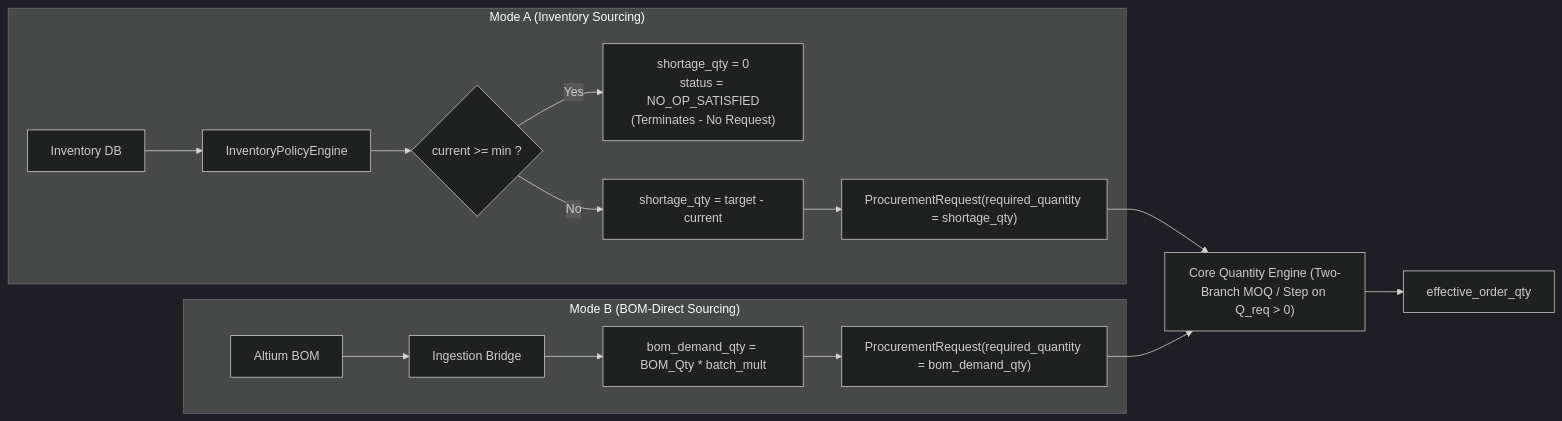
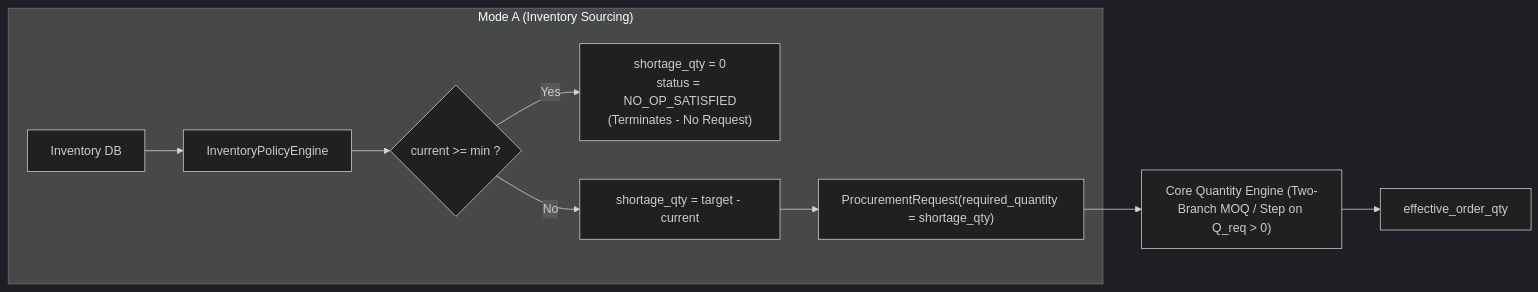
Before and after one commit to AminDenizer/Omnix: the second of 2 diagrams in OMNIX_PROCUREMENT_OUTPUT_SPECIFICATION.md, drawn with Mermaid (dark theme). The commit also changed other lines of this file and 144 other files, not shown here.

````diff
--- a/OMNIX_PROCUREMENT_OUTPUT_SPECIFICATION.md
+++ b/OMNIX_PROCUREMENT_OUTPUT_SPECIFICATION.md
@@ -878,20 +840,13 @@
 ```mermaid
 flowchart LR
     subgraph ModeA["Mode A (Inventory Sourcing)"]
         Inv["Inventory DB"] --> IPE["InventoryPolicyEngine"]
         IPE --> DecA{"current >= min ?"}
         DecA -- "Yes" --> NoOp["shortage_qty = 0\nstatus = NO_OP_SATISFIED\n(Terminates - No Request)"]
         DecA -- "No" --> S_qty["shortage_qty = target - current"]
         S_qty --> ReqA["ProcurementRequest(required_quantity = shortage_qty)"]
     end
 
-    subgraph ModeB["Mode B (BOM-Direct Sourcing)"]
-        BOM["Altium BOM"] --> IB["Ingestion Bridge"]
-        IB --> B_qty["bom_demand_qty = BOM_Qty * batch_mult"]
-        B_qty --> ReqB["ProcurementRequest(required_quantity = bom_demand_qty)"]
-    end
-
     ReqA --> QE["Core Quantity Engine (Two-Branch MOQ / Step on Q_req > 0)"]
-    ReqB --> QE
     QE --> EOQ["effective_order_qty"]
 ```
````
